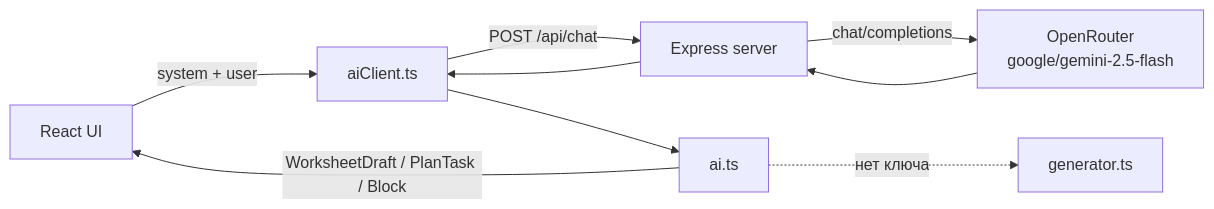
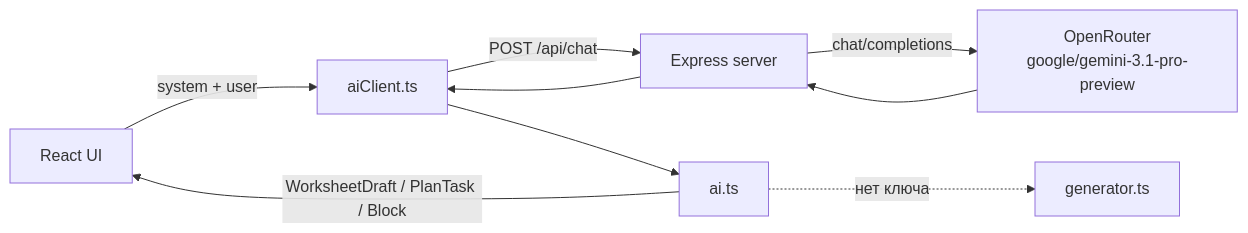
The diagram in docs/PROMPTS.md (mpkabanova-cell/worksheet), drawn with Mermaid before and after one commit. The commit also changed other lines of this file and 7 other files, not shown here.

````diff
--- a/docs/PROMPTS.md
+++ b/docs/PROMPTS.md
@@ -57,9 +57,9 @@
 ```mermaid
 flowchart LR
   UI[React UI] -->|system + user| Client[aiClient.ts]
   Client -->|POST /api/chat| API[Express server]
-  API -->|chat/completions| OR["OpenRouter<br/>google/gemini-2.5-flash"]
+  API -->|chat/completions| OR["OpenRouter<br/>google/gemini-3.1-pro-preview"]
   OR --> API --> Client --> AI[ai.ts]
   AI -->|WorksheetDraft / PlanTask / Block| UI
   AI -.->|нет ключа| Mock[generator.ts]
 ```
````
